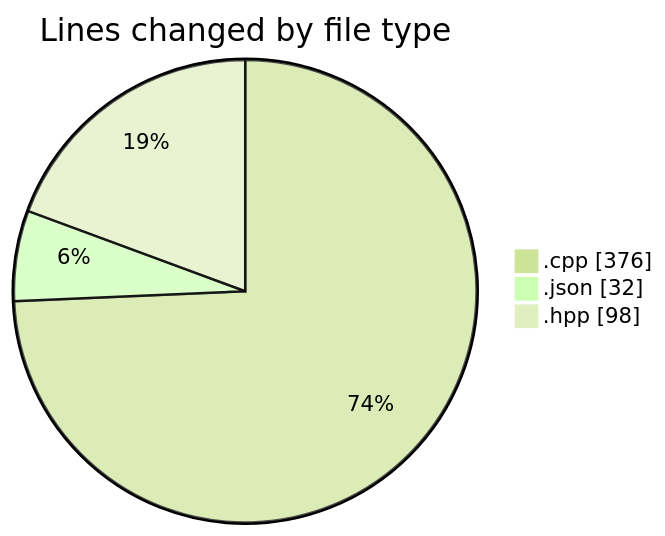
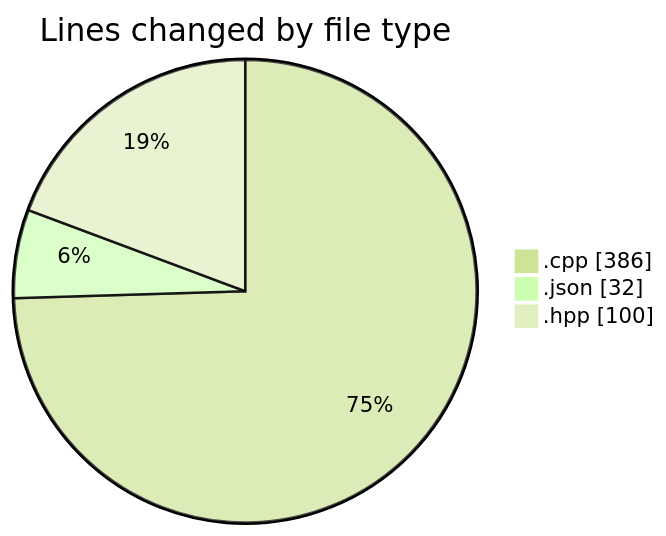
The first of 2 diagrams in 2025-04-23/echo/README.md (Netris89/code-tracking), drawn with Mermaid (forest theme) before and after one commit. The commit also changed other lines of this file and 1 other file, not shown here.

````diff
--- a/2025-04-23/echo/README.md
+++ b/2025-04-23/echo/README.md
@@ -22,7 +22,7 @@
 ```mermaid
 pie showData
 title Lines changed by file type
-".cpp" : 376
+".cpp" : 386
 ".json" : 32
-".hpp" : 98
+".hpp" : 100
 ```
````
